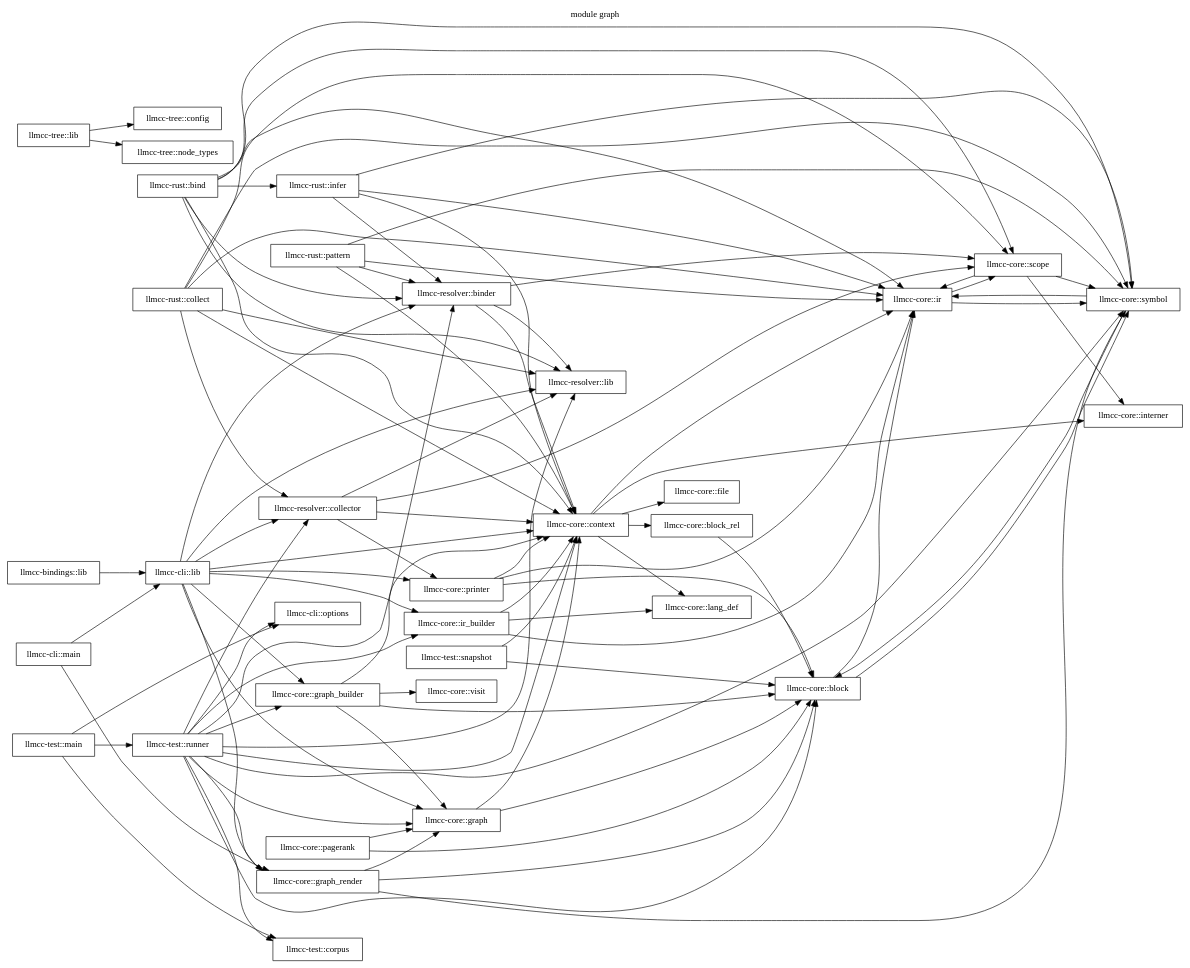
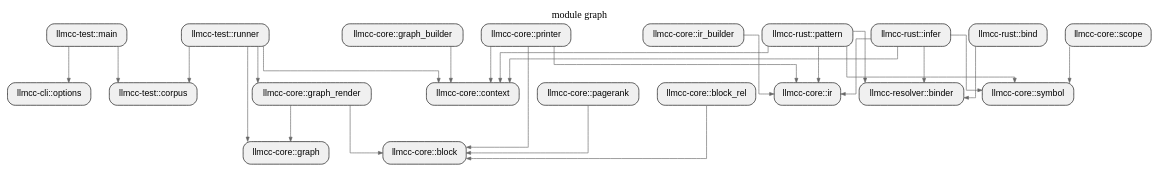
Before and after one commit to allenanswerzq/llmcc: the diagram in sample/llmcc/depth_2_module.dot, drawn with Graphviz. The commit also changed 281 other files, not shown here.

Commit message:
llmcc-rust: add samples and llmcc-dot (#107)

```diff
--- a/sample/llmcc/depth_2_module.dot
+++ b/sample/llmcc/depth_2_module.dot
@@ -1,134 +1,63 @@
 digraph architecture {
-  rankdir=LR;
-  node [shape=box];
+  // Layout settings
+  rankdir=TB;
+  ranksep=0.8;
+  nodesep=0.4;
+  splines=ortho;
+  concentrate=true;
+
+  node [shape=box, style="rounded,filled", fillcolor="#f0f0f0", fontname="Helvetica"];
+  edge [color="#666666", arrowsize=0.7];
 
   label="module graph";
   labelloc=t;
+  fontsize=16;
+  fontname="Helvetica Bold";
 
-  mod_llmcc_bindings_lib[label="llmcc-bindings::lib"];
-  mod_llmcc_cli_lib[label="llmcc-cli::lib"];
-  mod_llmcc_cli_main[label="llmcc-cli::main"];
   mod_llmcc_cli_options[label="llmcc-cli::options"];
   mod_llmcc_core_block[label="llmcc-core::block"];
   mod_llmcc_core_block_rel[label="llmcc-core::block_rel"];
   mod_llmcc_core_context[label="llmcc-core::context"];
-  mod_llmcc_core_file[label="llmcc-core::file"];
   mod_llmcc_core_graph[label="llmcc-core::graph"];
   mod_llmcc_core_graph_builder[label="llmcc-core::graph_builder"];
   mod_llmcc_core_graph_render[label="llmcc-core::graph_render"];
-  mod_llmcc_core_interner[label="llmcc-core::interner"];
   mod_llmcc_core_ir[label="llmcc-core::ir"];
   mod_llmcc_core_ir_builder[label="llmcc-core::ir_builder"];
-  mod_llmcc_core_lang_def[label="llmcc-core::lang_def"];
   mod_llmcc_core_pagerank[label="llmcc-core::pagerank"];
   mod_llmcc_core_printer[label="llmcc-core::printer"];
   mod_llmcc_core_scope[label="llmcc-core::scope"];
   mod_llmcc_core_symbol[label="llmcc-core::symbol"];
-  mod_llmcc_core_visit[label="llmcc-core::visit"];
   mod_llmcc_resolver_binder[label="llmcc-resolver::binder"];
-  mod_llmcc_resolver_collector[label="llmcc-resolver::collector"];
-  mod_llmcc_resolver_lib[label="llmcc-resolver::lib"];
   mod_llmcc_rust_bind[label="llmcc-rust::bind"];
-  mod_llmcc_rust_collect[label="llmcc-rust::collect"];
   mod_llmcc_rust_infer[label="llmcc-rust::infer"];
   mod_llmcc_rust_pattern[label="llmcc-rust::pattern"];
   mod_llmcc_test_corpus[label="llmcc-test::corpus"];
   mod_llmcc_test_main[label="llmcc-test::main"];
   mod_llmcc_test_runner[label="llmcc-test::runner"];
-  mod_llmcc_test_snapshot[label="llmcc-test::snapshot"];
-  mod_llmcc_tree_config[label="llmcc-tree::config"];
-  mod_llmcc_tree_lib[label="llmcc-tree::lib"];
-  mod_llmcc_tree_node_types[label="llmcc-tree::node_types"];
 
-  mod_llmcc_bindings_lib -> mod_llmcc_cli_lib;
-  mod_llmcc_cli_lib -> mod_llmcc_core_context;
-  mod_llmcc_cli_lib -> mod_llmcc_core_graph;
-  mod_llmcc_cli_lib -> mod_llmcc_core_graph_builder;
-  mod_llmcc_cli_lib -> mod_llmcc_core_graph_render;
-  mod_llmcc_cli_lib -> mod_llmcc_core_ir_builder;
-  mod_llmcc_cli_lib -> mod_llmcc_core_printer;
-  mod_llmcc_cli_lib -> mod_llmcc_resolver_binder;
-  mod_llmcc_cli_lib -> mod_llmcc_resolver_collector;
-  mod_llmcc_cli_lib -> mod_llmcc_resolver_lib;
-  mod_llmcc_cli_main -> mod_llmcc_cli_lib;
-  mod_llmcc_cli_main -> mod_llmcc_core_graph_render;
-  mod_llmcc_core_block -> mod_llmcc_core_ir;
-  mod_llmcc_core_block -> mod_llmcc_core_symbol;
   mod_llmcc_core_block_rel -> mod_llmcc_core_block;
-  mod_llmcc_core_context -> mod_llmcc_core_block_rel;
-  mod_llmcc_core_context -> mod_llmcc_core_file;
-  mod_llmcc_core_context -> mod_llmcc_core_interner;
-  mod_llmcc_core_context -> mod_llmcc_core_ir;
-  mod_llmcc_core_context -> mod_llmcc_core_lang_def;
-  mod_llmcc_core_graph -> mod_llmcc_core_block;
-  mod_llmcc_core_graph -> mod_llmcc_core_context;
-  mod_llmcc_core_graph_builder -> mod_llmcc_core_block;
   mod_llmcc_core_graph_builder -> mod_llmcc_core_context;
-  mod_llmcc_core_graph_builder -> mod_llmcc_core_graph;
-  mod_llmcc_core_graph_builder -> mod_llmcc_core_visit;
   mod_llmcc_core_graph_render -> mod_llmcc_core_block;
   mod_llmcc_core_graph_render -> mod_llmcc_core_graph;
-  mod_llmcc_core_graph_render -> mod_llmcc_core_symbol;
-  mod_llmcc_core_ir -> mod_llmcc_core_scope;
-  mod_llmcc_core_ir -> mod_llmcc_core_symbol;
-  mod_llmcc_core_ir_builder -> mod_llmcc_core_context;
   mod_llmcc_core_ir_builder -> mod_llmcc_core_ir;
-  mod_llmcc_core_ir_builder -> mod_llmcc_core_lang_def;
   mod_llmcc_core_pagerank -> mod_llmcc_core_block;
-  mod_llmcc_core_pagerank -> mod_llmcc_core_graph;
   mod_llmcc_core_printer -> mod_llmcc_core_block;
   mod_llmcc_core_printer -> mod_llmcc_core_context;
   mod_llmcc_core_printer -> mod_llmcc_core_ir;
-  mod_llmcc_core_scope -> mod_llmcc_core_interner;
-  mod_llmcc_core_scope -> mod_llmcc_core_ir;
   mod_llmcc_core_scope -> mod_llmcc_core_symbol;
-  mod_llmcc_core_symbol -> mod_llmcc_core_block;
-  mod_llmcc_core_symbol -> mod_llmcc_core_ir;
-  mod_llmcc_resolver_binder -> mod_llmcc_core_context;
-  mod_llmcc_resolver_binder -> mod_llmcc_core_scope;
-  mod_llmcc_resolver_binder -> mod_llmcc_resolver_lib;
-  mod_llmcc_resolver_collector -> mod_llmcc_core_context;
-  mod_llmcc_resolver_collector -> mod_llmcc_core_printer;
-  mod_llmcc_resolver_collector -> mod_llmcc_core_scope;
-  mod_llmcc_resolver_collector -> mod_llmcc_resolver_lib;
-  mod_llmcc_rust_bind -> mod_llmcc_core_context;
-  mod_llmcc_rust_bind -> mod_llmcc_core_ir;
-  mod_llmcc_rust_bind -> mod_llmcc_core_scope;
-  mod_llmcc_rust_bind -> mod_llmcc_core_symbol;
   mod_llmcc_rust_bind -> mod_llmcc_resolver_binder;
-  mod_llmcc_rust_bind -> mod_llmcc_resolver_lib;
-  mod_llmcc_rust_bind -> mod_llmcc_rust_infer;
-  mod_llmcc_rust_collect -> mod_llmcc_core_context;
-  mod_llmcc_rust_collect -> mod_llmcc_core_ir;
-  mod_llmcc_rust_collect -> mod_llmcc_core_scope;
-  mod_llmcc_rust_collect -> mod_llmcc_core_symbol;
-  mod_llmcc_rust_collect -> mod_llmcc_resolver_collector;
-  mod_llmcc_rust_collect -> mod_llmcc_resolver_lib;
   mod_llmcc_rust_infer -> mod_llmcc_core_context;
   mod_llmcc_rust_infer -> mod_llmcc_core_ir;
   mod_llmcc_rust_infer -> mod_llmcc_core_symbol;
   mod_llmcc_rust_infer -> mod_llmcc_resolver_binder;
   mod_llmcc_rust_pattern -> mod_llmcc_core_context;
   mod_llmcc_rust_pattern -> mod_llmcc_core_ir;
   mod_llmcc_rust_pattern -> mod_llmcc_core_symbol;
   mod_llmcc_rust_pattern -> mod_llmcc_resolver_binder;
   mod_llmcc_test_main -> mod_llmcc_cli_options;
   mod_llmcc_test_main -> mod_llmcc_test_corpus;
-  mod_llmcc_test_main -> mod_llmcc_test_runner;
-  mod_llmcc_test_runner -> mod_llmcc_cli_options;
-  mod_llmcc_test_runner -> mod_llmcc_core_block;
   mod_llmcc_test_runner -> mod_llmcc_core_context;
   mod_llmcc_test_runner -> mod_llmcc_core_graph;
-  mod_llmcc_test_runner -> mod_llmcc_core_graph_builder;
   mod_llmcc_test_runner -> mod_llmcc_core_graph_render;
-  mod_llmcc_test_runner -> mod_llmcc_core_ir_builder;
-  mod_llmcc_test_runner -> mod_llmcc_core_symbol;
-  mod_llmcc_test_runner -> mod_llmcc_resolver_binder;
-  mod_llmcc_test_runner -> mod_llmcc_resolver_collector;
-  mod_llmcc_test_runner -> mod_llmcc_resolver_lib;
   mod_llmcc_test_runner -> mod_llmcc_test_corpus;
-  mod_llmcc_test_snapshot -> mod_llmcc_core_block;
-  mod_llmcc_test_snapshot -> mod_llmcc_core_context;
-  mod_llmcc_tree_lib -> mod_llmcc_tree_config;
-  mod_llmcc_tree_lib -> mod_llmcc_tree_node_types;
 }
```
